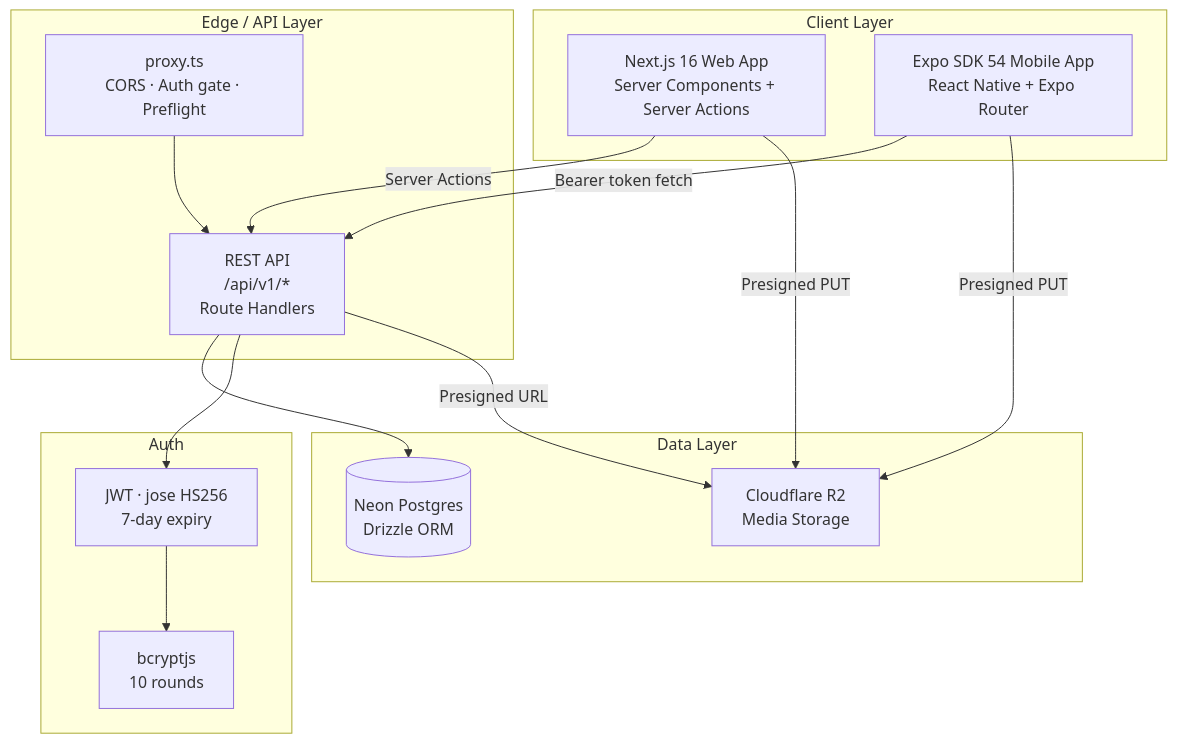
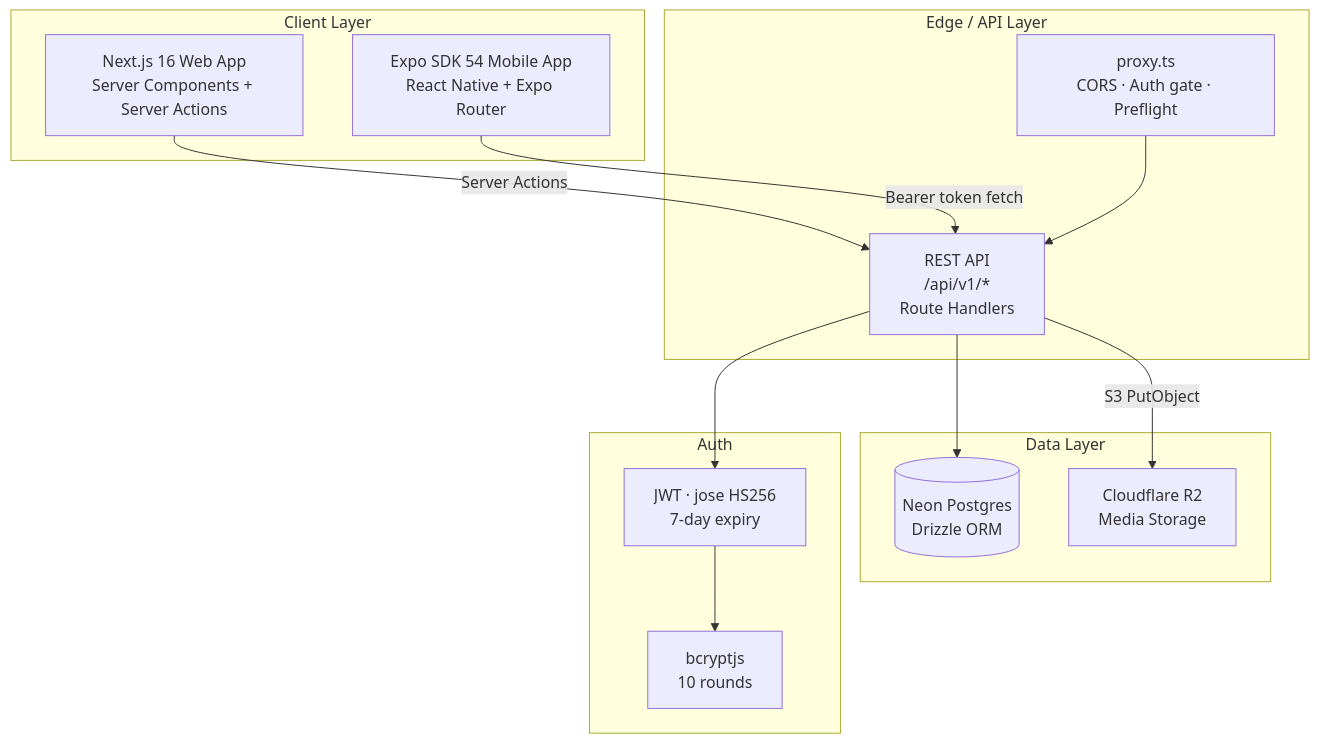
Before and after one commit to ivanpirgozliev/https---github.com-ivanpirgozliev-Full-Stack-Apps-With-AI-Blog-System: the first of 2 diagrams in README.md, drawn with Mermaid. The commit also changed other lines of this file, not shown here.

````diff
--- a/README.md
+++ b/README.md
@@ -29,32 +32,30 @@
 ```mermaid
 graph TD
     subgraph Client Layer
         W[Next.js 16 Web App<br/>Server Components + Server Actions]
         M[Expo SDK 54 Mobile App<br/>React Native + Expo Router]
     end
 
     subgraph Edge / API Layer
         P[proxy.ts<br/>CORS · Auth gate · Preflight]
         API[REST API<br/>/api/v1/*<br/>Route Handlers]
     end
 
     subgraph Data Layer
         DB[(Neon Postgres<br/>Drizzle ORM)]
         R2[Cloudflare R2<br/>Media Storage]
     end
 
     subgraph Auth
         JWT[JWT · jose HS256<br/>7-day expiry]
         BC[bcryptjs<br/>10 rounds]
     end
 
     W -->|Server Actions| API
     M -->|Bearer token fetch| API
     P --> API
     API --> DB
     API --> JWT
     JWT --> BC
-    M -->|Presigned PUT| R2
-    W -->|Presigned PUT| R2
-    API -->|Presigned URL| R2
+    API -->|S3 PutObject| R2
 ```
````
